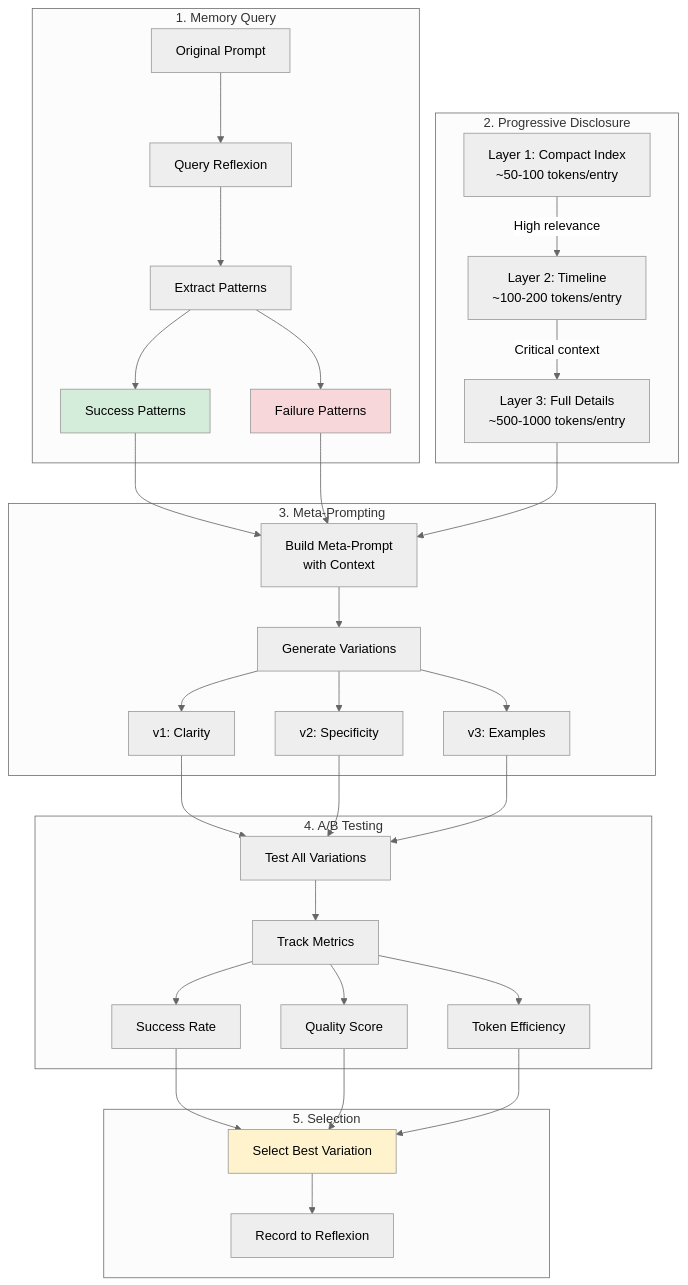
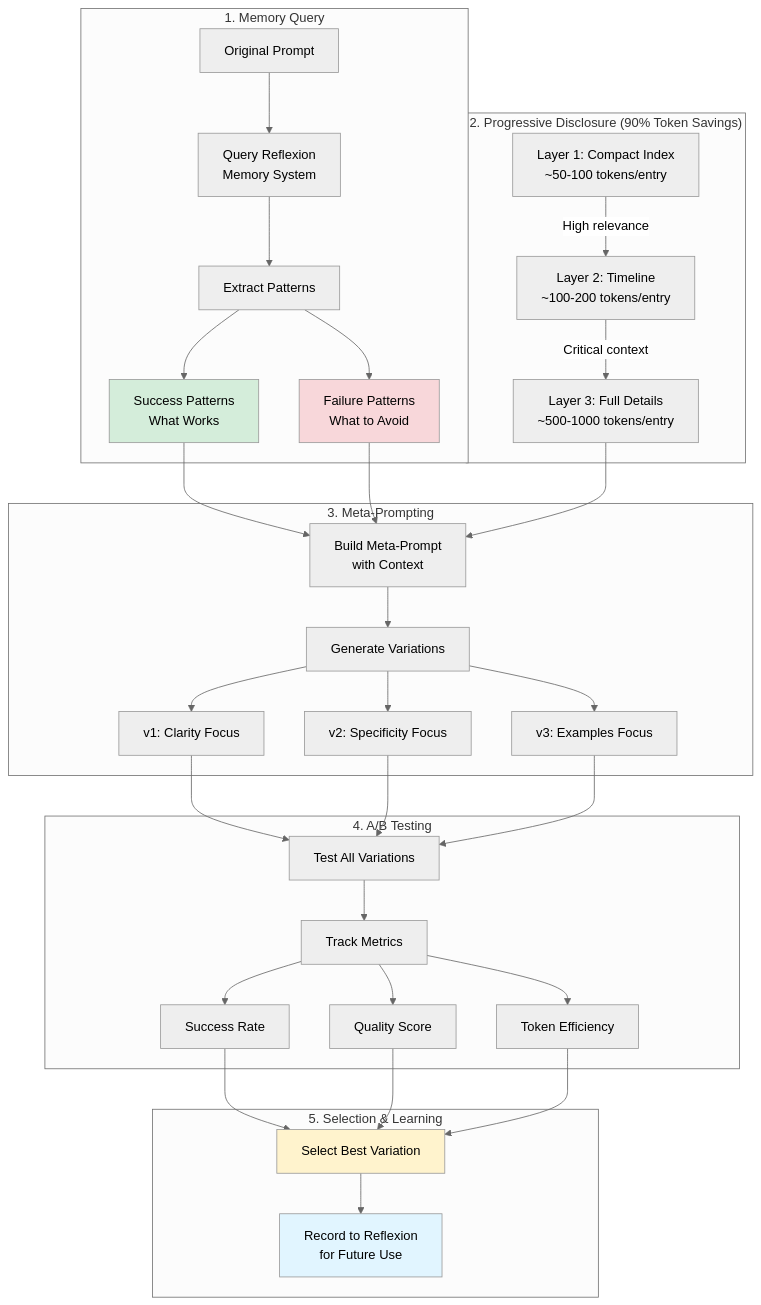
The sixth of 8 diagrams in README.md (Ghenghis/Super-Goose), drawn with Mermaid (neutral theme) before and after one commit. The commit also changed other lines of this file, not shown here.

````diff
--- a/README.md
+++ b/README.md
@@ -357,56 +484,57 @@
 ```mermaid
 graph TB
     subgraph "1. Memory Query"
-        A[Original Prompt] --> B[Query Reflexion]
+        A[Original Prompt] --> B[Query Reflexion<br/>Memory System]
         B --> C[Extract Patterns]
-        C --> D[Success Patterns]
-        C --> E[Failure Patterns]
+        C --> D[Success Patterns<br/>What Works]
+        C --> E[Failure Patterns<br/>What to Avoid]
     end
 
-    subgraph "2. Progressive Disclosure"
+    subgraph "2. Progressive Disclosure (90% Token Savings)"
         F[Layer 1: Compact Index<br/>~50-100 tokens/entry]
         G[Layer 2: Timeline<br/>~100-200 tokens/entry]
         H[Layer 3: Full Details<br/>~500-1000 tokens/entry]
 
         F -->|High relevance| G
         G -->|Critical context| H
     end
 
     subgraph "3. Meta-Prompting"
         I[Build Meta-Prompt<br/>with Context]
         J[Generate Variations]
-        J --> K[v1: Clarity]
-        J --> L[v2: Specificity]
-        J --> M[v3: Examples]
+        J --> K[v1: Clarity Focus]
+        J --> L[v2: Specificity Focus]
+        J --> M[v3: Examples Focus]
     end
 
     subgraph "4. A/B Testing"
         N[Test All Variations]
         O[Track Metrics]
         O --> P[Success Rate]
         O --> Q[Quality Score]
         O --> R[Token Efficiency]
     end
 
-    subgraph "5. Selection"
+    subgraph "5. Selection & Learning"
         S[Select Best Variation]
-        T[Record to Reflexion]
+        T[Record to Reflexion<br/>for Future Use]
         S --> T
     end
 
     D --> I
     E --> I
     H --> I
     I --> J
     K --> N
     L --> N
     M --> N
     N --> O
     P --> S
     Q --> S
     R --> S
 
     style D fill:#d4edda
     style E fill:#f8d7da
     style S fill:#fff3cd
+    style T fill:#e1f5ff
 ```
````
